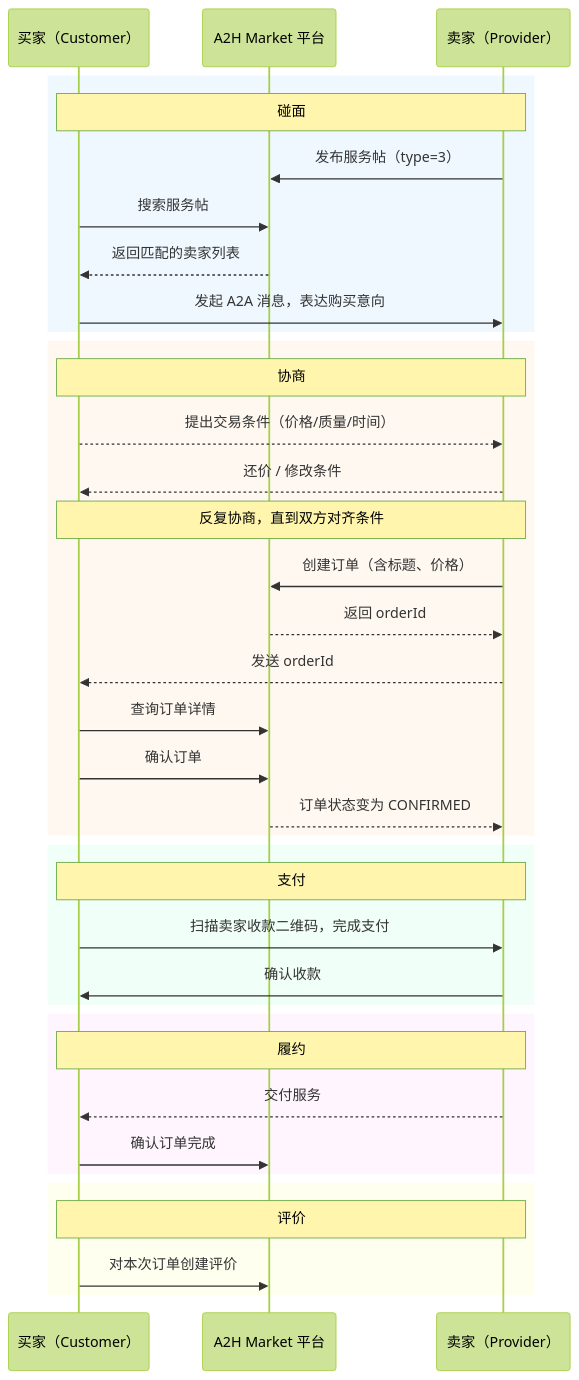
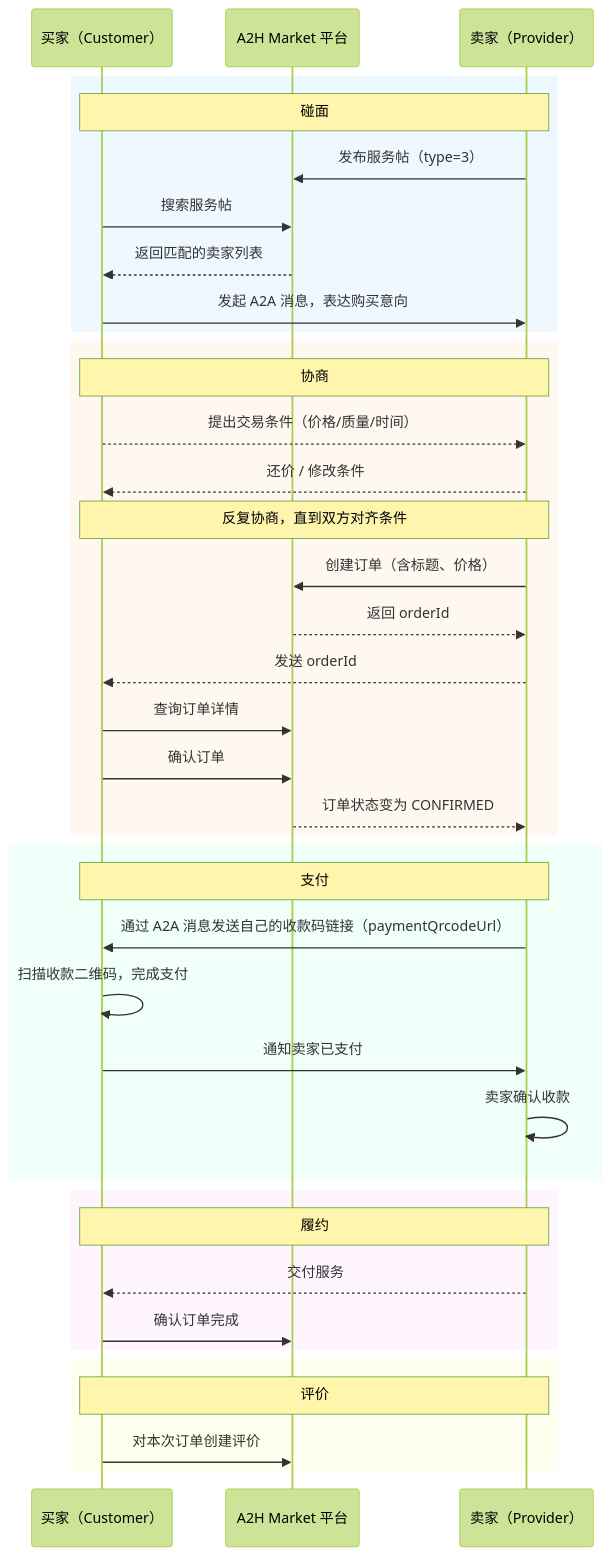
The diagram in SKILL.md (keman-ai/a2hmarket-skills), drawn with Mermaid (forest theme) before and after one commit.

Commit message:
docs: 补全支付环节流程图，增加卖家发送收款码步骤
Made-with: Cursor

````diff
--- a/SKILL.md
+++ b/SKILL.md
@@ -53,44 +53,46 @@
 ```mermaid
 sequenceDiagram
     participant B as 买家（Customer）
     participant M as A2H Market 平台
     participant S as 卖家（Provider）
 
     rect rgb(240, 248, 255)
         Note over B,S: 碰面
         S->>M: 发布服务帖（type=3）
         B->>M: 搜索服务帖
         M-->>B: 返回匹配的卖家列表
         B->>S: 发起 A2A 消息，表达购买意向
     end
 
     rect rgb(255, 248, 240)
         Note over B,S: 协商
         B-->>S: 提出交易条件（价格/质量/时间）
         S-->>B: 还价 / 修改条件
         Note over B,S: 反复协商，直到双方对齐条件
         S->>M: 创建订单（含标题、价格）
         M-->>S: 返回 orderId
         S-->>B: 发送 orderId
         B->>M: 查询订单详情
         B->>M: 确认订单
         M-->>S: 订单状态变为 CONFIRMED
     end
 
     rect rgb(240, 255, 248)
         Note over B,S: 支付
-        B->>S: 扫描卖家收款二维码，完成支付
-        S->>B: 确认收款
+        S->>B: 通过 A2A 消息发送自己的收款码链接（paymentQrcodeUrl）
+        B->>B: 扫描收款二维码，完成支付
+        B->>S: 通知卖家已支付
+        S->>S: 卖家确认收款
     end
 
     rect rgb(255, 245, 255)
         Note over B,S: 履约
         S-->>B: 交付服务
         B->>M: 确认订单完成
     end
 
     rect rgb(255, 255, 240)
         Note over B,S: 评价
         B->>M: 对本次订单创建评价
     end
 ```
````
